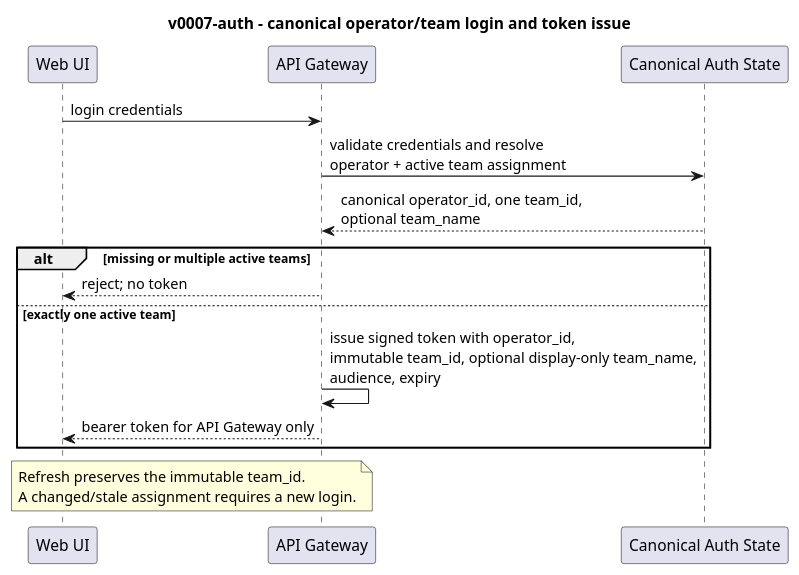
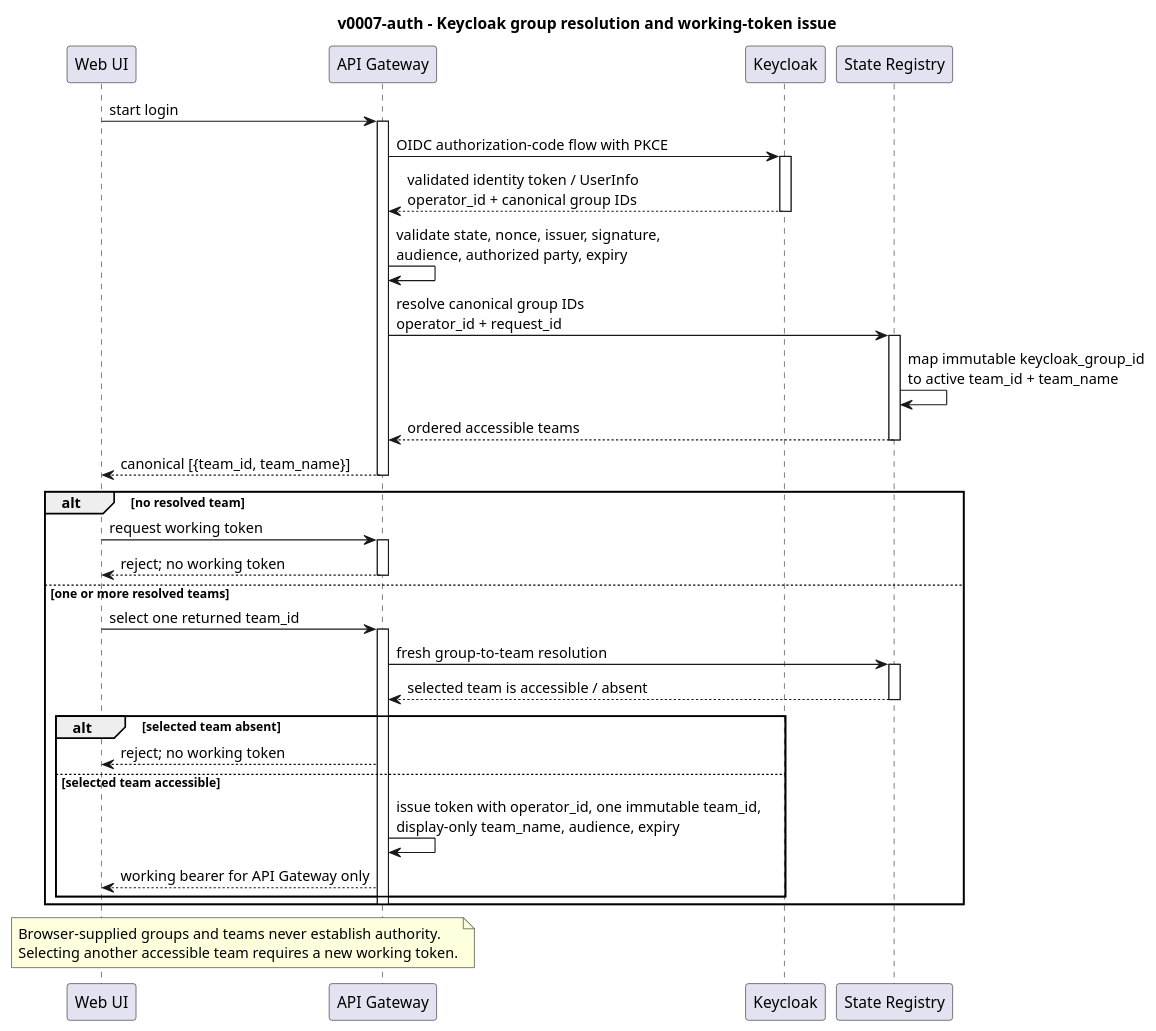
One commit to pandops/flowai changed the diagram in openspec/changes/v0007-auth/specs/diagrams/01-auth-login.puml. Above: the diagram before and after it, drawn with PlantUML. The commit also changed 18 other files, not shown here.

Commit message:
docs(openspec): define Keycloak group team resolution

```diff
--- a/openspec/changes/v0007-auth/specs/diagrams/01-auth-login.puml
+++ b/openspec/changes/v0007-auth/specs/diagrams/01-auth-login.puml
@@ -2,23 +2,50 @@
 @startuml
-title v0007-auth - canonical operator/team login and token issue
+title v0007-auth - Keycloak group resolution and working-token issue
 
-participant "Web UI" as UI
-participant "API Gateway" as GW
-participant "Canonical Auth State" as Auth
+participant "Web UI" as web_ui
+participant "API Gateway" as api_gateway
+participant "Keycloak" as keycloak
+participant "State Registry" as state_registry
 
-UI -> GW : login credentials
-GW -> Auth : validate credentials and resolve\noperator + active team assignment
-Auth --> GW : canonical operator_id, one team_id,\noptional team_name
-alt missing or multiple active teams
-  GW --> UI : reject; no token
-else exactly one active team
-  GW -> GW : issue signed token with operator_id,\nimmutable team_id, optional display-only team_name,\naudience, expiry
-  GW --> UI : bearer token for API Gateway only
+web_ui -> api_gateway : start login
+activate api_gateway
+api_gateway -> keycloak : OIDC authorization-code flow with PKCE
+activate keycloak
+keycloak --> api_gateway : validated identity token / UserInfo\noperator_id + canonical group IDs
+deactivate keycloak
+api_gateway -> api_gateway : validate state, nonce, issuer, signature,\naudience, authorized party, expiry
+api_gateway -> state_registry : resolve canonical group IDs\noperator_id + request_id
+activate state_registry
+state_registry -> state_registry : map immutable keycloak_group_id\nto active team_id + team_name
+state_registry --> api_gateway : ordered accessible teams
+deactivate state_registry
+api_gateway --> web_ui : canonical [{team_id, team_name}]
+deactivate api_gateway
+
+alt no resolved team
+  web_ui -> api_gateway : request working token
+  activate api_gateway
+  api_gateway --> web_ui : reject; no working token
+  deactivate api_gateway
+else one or more resolved teams
+  web_ui -> api_gateway : select one returned team_id
+  activate api_gateway
+  api_gateway -> state_registry : fresh group-to-team resolution
+  activate state_registry
+  state_registry --> api_gateway : selected team is accessible / absent
+  deactivate state_registry
+  alt selected team absent
+    api_gateway --> web_ui : reject; no working token
+  else selected team accessible
+    api_gateway -> api_gateway : issue token with operator_id, one immutable team_id,\ndisplay-only team_name, audience, expiry
+    api_gateway --> web_ui : working bearer for API Gateway only
+  end
+  deactivate api_gateway
 end
 
-note over UI,GW
-Refresh preserves the immutable team_id.
-A changed/stale assignment requires a new login.
+note over web_ui, api_gateway
+Browser-supplied groups and teams never establish authority.
+Selecting another accessible team requires a new working token.
 end note
 
 @enduml
```
